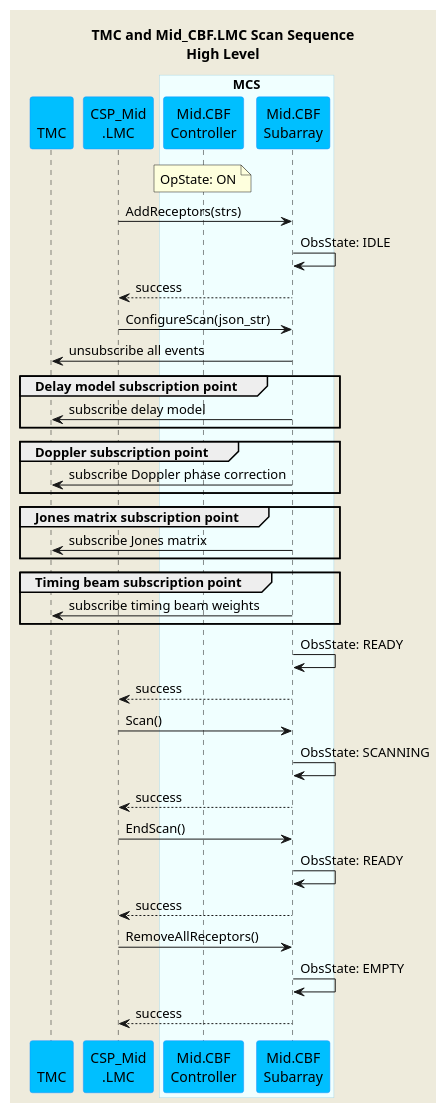
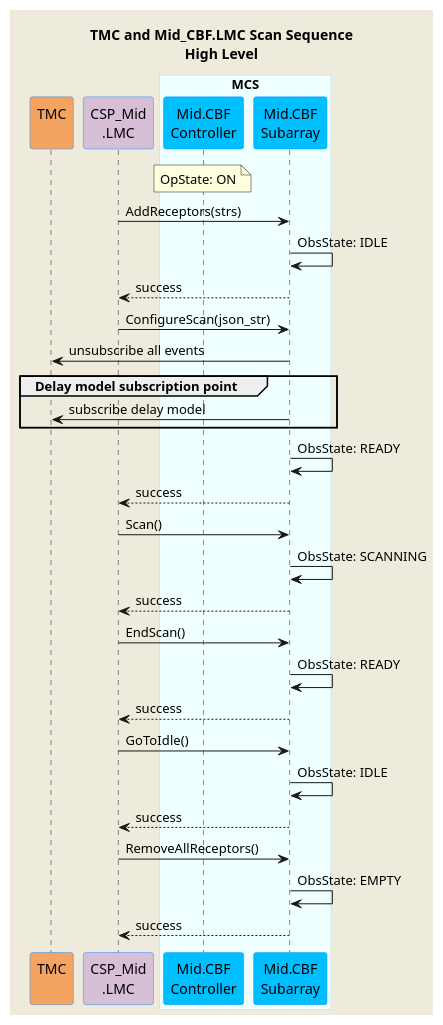
One commit to ska-telescope/mid-cbf-mcs changed the diagram in docs/src/diagrams/mid-cbf-scan-ops.puml. Above: the diagram before and after it, drawn with PlantUML. The commit also changed 5 other files, not shown here.

Commit message:
CIP-2424 Updated several sequence diagrams

```diff
--- a/docs/src/diagrams/mid-cbf-scan-ops.puml
+++ b/docs/src/diagrams/mid-cbf-scan-ops.puml
@@ -1,62 +1,66 @@
 @startuml
 'https://plantuml.com/sequence-diagram
 
 skinparam backgroundColor #EEEBDC
 skinparam sequence {
 ParticipantBorderColor DodgerBlue
 ParticipantBackgroundColor DeepSkyBlue
 ActorBorderColor DarkGreen
 ActorBackgroundColor Green
 BoxBorderColor LightBlue
 BoxBackgroundColor #F0FFFF
 }
 
 title TMC and Mid_CBF.LMC Scan Sequence\nHigh Level
 
-participant "\nTMC" as tmc
-participant "CSP_Mid\n.LMC" as lmc
+participant "TMC\n" as tmc #SandyBrown
+participant "CSP_Mid\n.LMC" as lmc #Thistle
 
 box "MCS"
 participant "Mid.CBF\nController" as controller
 participant "Mid.CBF\nSubarray" as subarray
 end box
 
 note over controller        : OpState: ON
 lmc         -> subarray     : AddReceptors(strs)
 subarray    -> subarray     : ObsState: IDLE
 subarray   --> lmc          : success
 lmc         -> subarray     : ConfigureScan(json_str)
 subarray    -> tmc          : unsubscribe all events
 
 group Delay model subscription point
 subarray    -> tmc          : subscribe delay model
 end group
 
-group Doppler subscription point
-subarray    -> tmc          : subscribe Doppler phase correction
-end group
+' group Doppler subscription point
+' subarray    -> tmc          : subscribe Doppler phase correction
+' end group
 
-group Jones matrix subscription point
-subarray    -> tmc          : subscribe Jones matrix
-end group
+' group Jones matrix subscription point
+' subarray    -> tmc          : subscribe Jones matrix
+' end group
 
-group Timing beam subscription point
-subarray    -> tmc          : subscribe timing beam weights
-end group
+' group Timing beam subscription point
+' subarray    -> tmc          : subscribe timing beam weights
+' end group
 
 subarray    -> subarray     : ObsState: READY
 subarray   --> lmc          : success
 
 lmc         -> subarray     : Scan()
 subarray    -> subarray     : ObsState: SCANNING
 subarray   --> lmc          : success
 
 lmc         -> subarray     : EndScan()
 subarray    -> subarray     : ObsState: READY
 subarray   --> lmc          : success
 
+lmc         -> subarray     : GoToIdle()
+subarray    -> subarray     : ObsState: IDLE
+subarray   --> lmc          : success
+
 lmc         -> subarray     : RemoveAllReceptors()
 subarray    -> subarray     : ObsState: EMPTY
 subarray   --> lmc          : success
 
 @enduml
```
